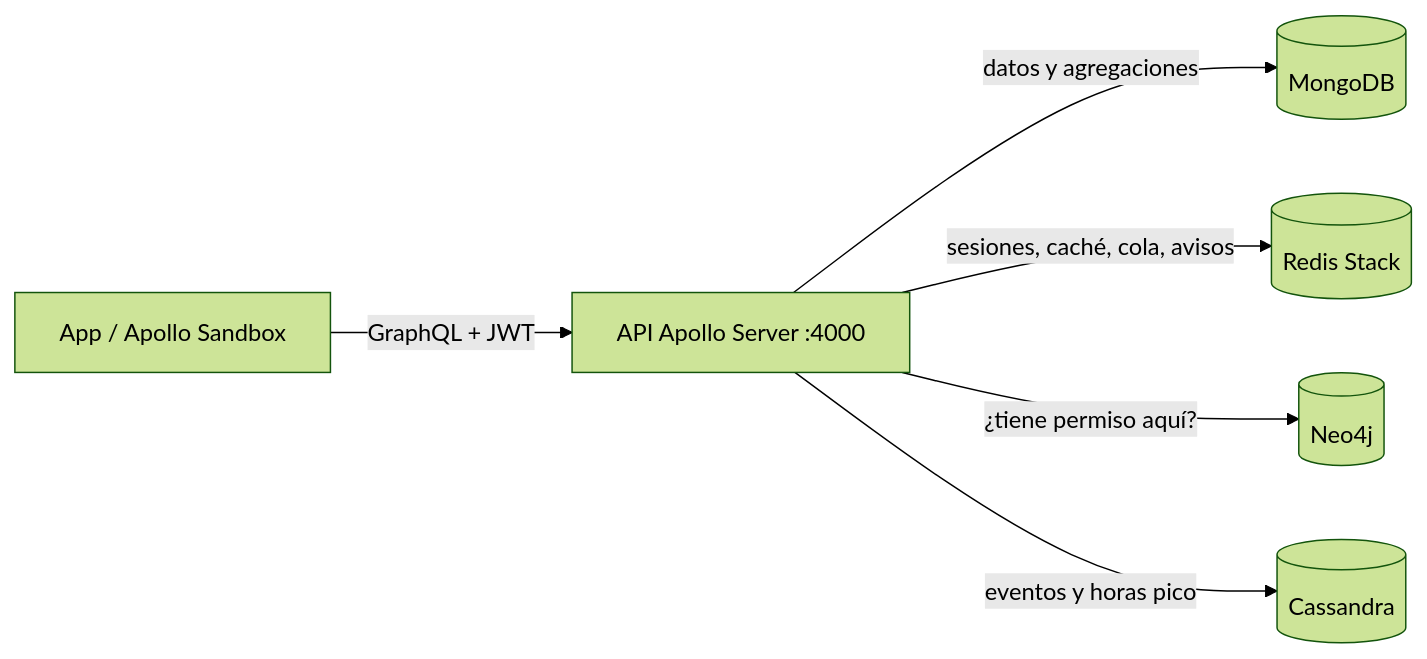
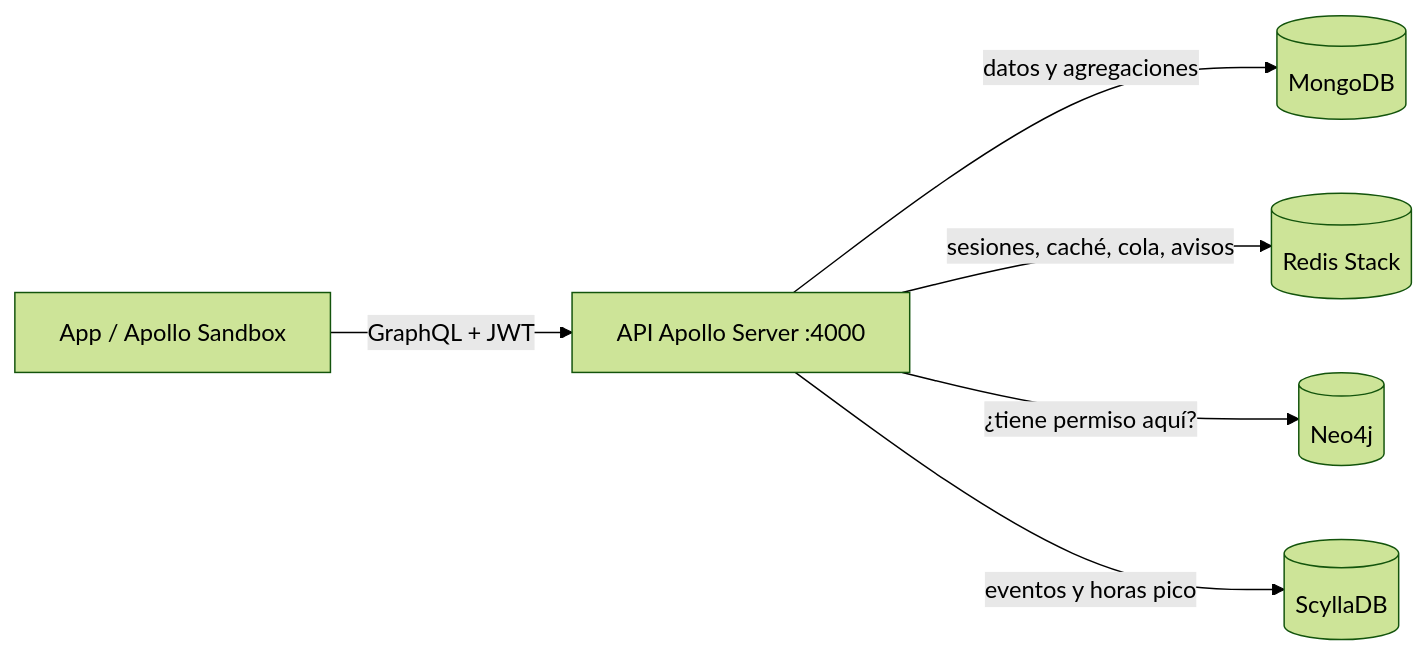
Before and after one commit to Sebas20-l/Basededatosavanzadas: the first of 2 diagrams in docs/MULTIEMPRESA.md, drawn with Mermaid (forest theme). The commit also changed other lines of this file and 11 other files, not shown here.

Commit message:
feat(scylla): migrar de Cassandra a ScyllaDB e ingestar la auditoria del worker

````diff
--- a/docs/MULTIEMPRESA.md
+++ b/docs/MULTIEMPRESA.md
@@ -14,8 +14,8 @@
 ```mermaid
 flowchart LR
     App["App / Apollo Sandbox"] -- "GraphQL + JWT" --> API["API Apollo Server :4000"]
     API -- "datos y agregaciones" --> M[("MongoDB")]
     API -- "sesiones, caché, cola, avisos" --> R[("Redis Stack")]
     API -- "¿tiene permiso aquí?" --> N[("Neo4j")]
-    API -- "eventos y horas pico" --> C[("Cassandra")]
+    API -- "eventos y horas pico" --> C[("ScyllaDB")]
 ```
````
